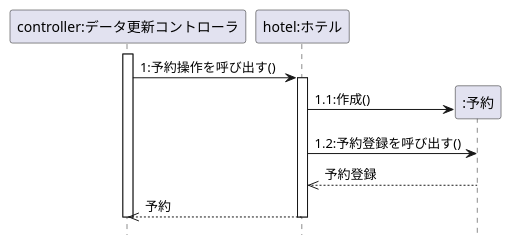
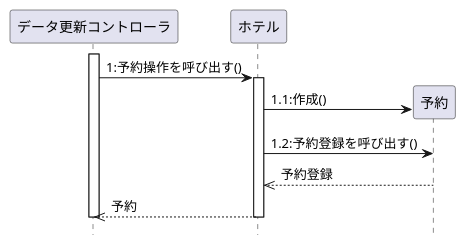
The diagram in 演習4-3_SD_データ更新コントローラとホテルと予約.pu (IshiYoshi765/uml-introduction), drawn with PlantUML before and after one commit. The commit also changed 2 other files, not shown here.

```diff
--- a/演習4-3_SD_データ更新コントローラとホテルと予約.pu
+++ b/演習4-3_SD_データ更新コントローラとホテルと予約.pu
@@ -1,17 +1,17 @@
 @startuml a
 hide footbox
-participant "controller:データ更新コントローラ" as controller
-participant "hotel:ホテル" as hotel
-participant ":予約" as entity
-activate controller
-controller -> hotel : 1:予約操作を呼び出す()
+participant "データ更新コントローラ" as a
+participant "ホテル" as hotel
+participant "予約" as b 
+activate a 
+a -> hotel : 1:予約操作を呼び出す()
 activate hotel
-create entity
-hotel -> entity :1.1:作成()    
-hotel -> entity :1.2:予約登録を呼び出す()
-hotel <<-- entity :予約登録
-deactivate entity
-controller <<-- hotel:予約
+create b 
+hotel -> b :1.1:作成()    
+hotel -> b :1.2:予約登録を呼び出す()
+hotel <<-- b :予約登録
+deactivate b
+a <<-- hotel:予約
 deactivate hotel
-deactivate controller
+deactivate a
 @enduml
```
